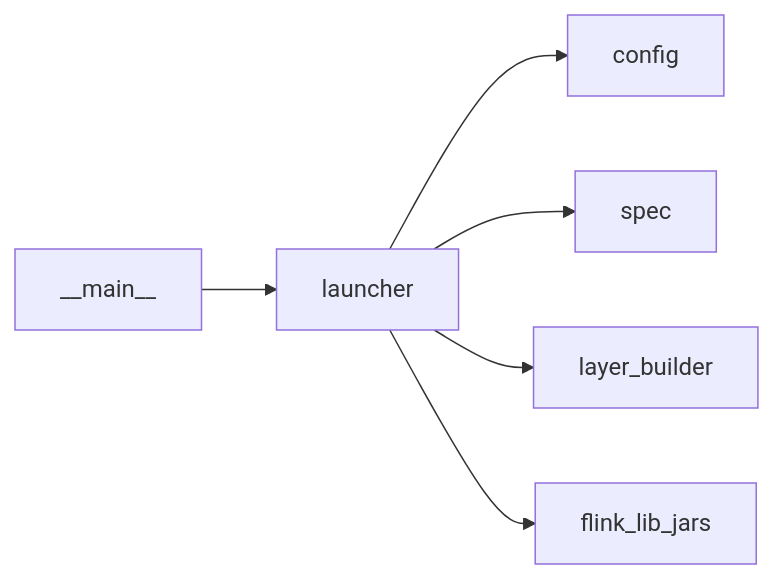
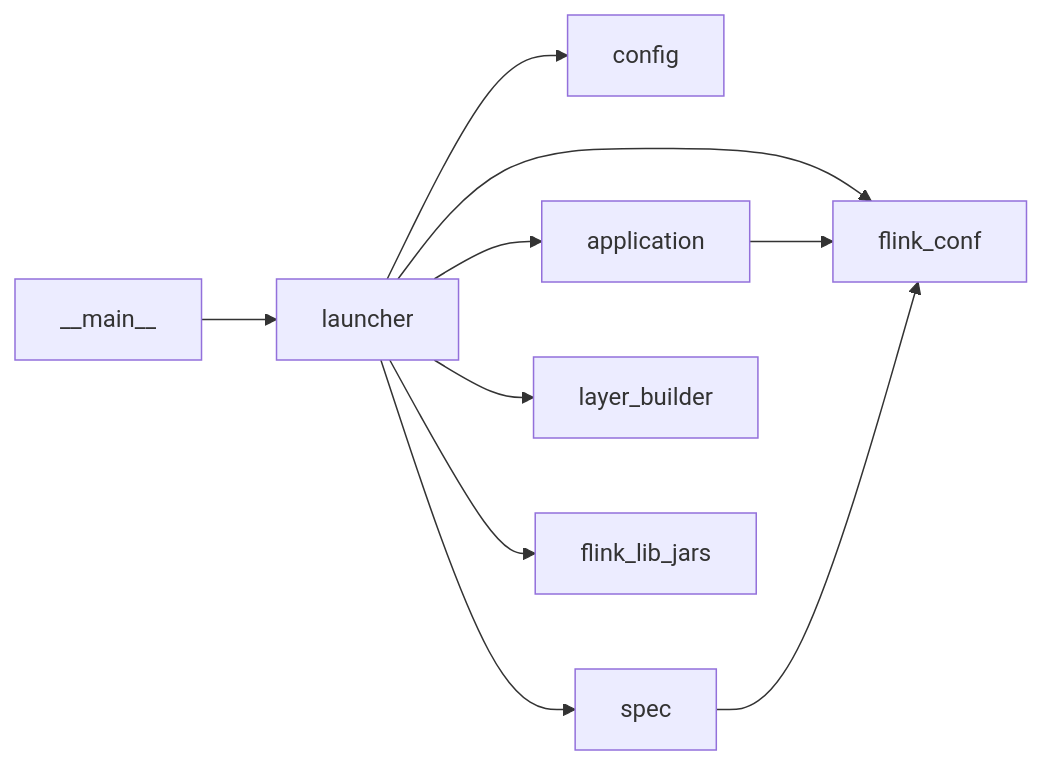
Before and after one commit to ytsaurus/ytsaurus-flyt: the third of 3 diagrams in python/ARCHITECTURE.md, drawn with Mermaid. The commit also changed other lines of this file and 51 other files, not shown here.

First line of the commit message:
feat(python): Flink application cluster mode (JobManager + separate TaskManagers) (#81)

````diff
--- a/python/ARCHITECTURE.md
+++ b/python/ARCHITECTURE.md
@@ -34,8 +91,12 @@
 ```mermaid
 graph LR
     m[__main__] --> L[launcher]
     L --> cfg[config]
+    L --> app[application]
+    L --> fc[flink_conf]
     L --> sp[spec]
+    app --> fc
+    sp --> fc
     L --> lb[layer_builder]
     L --> jlib[flink_lib_jars]
 ```
````
